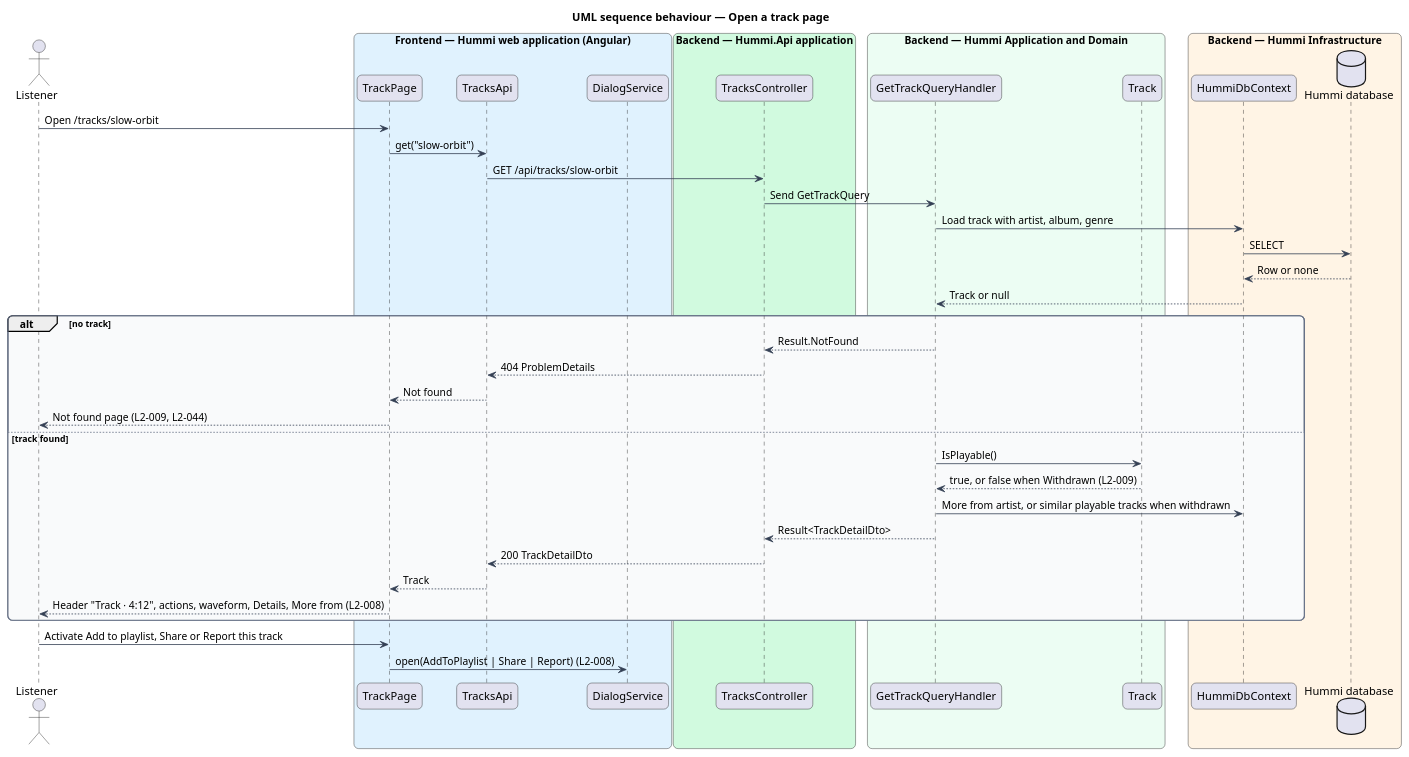
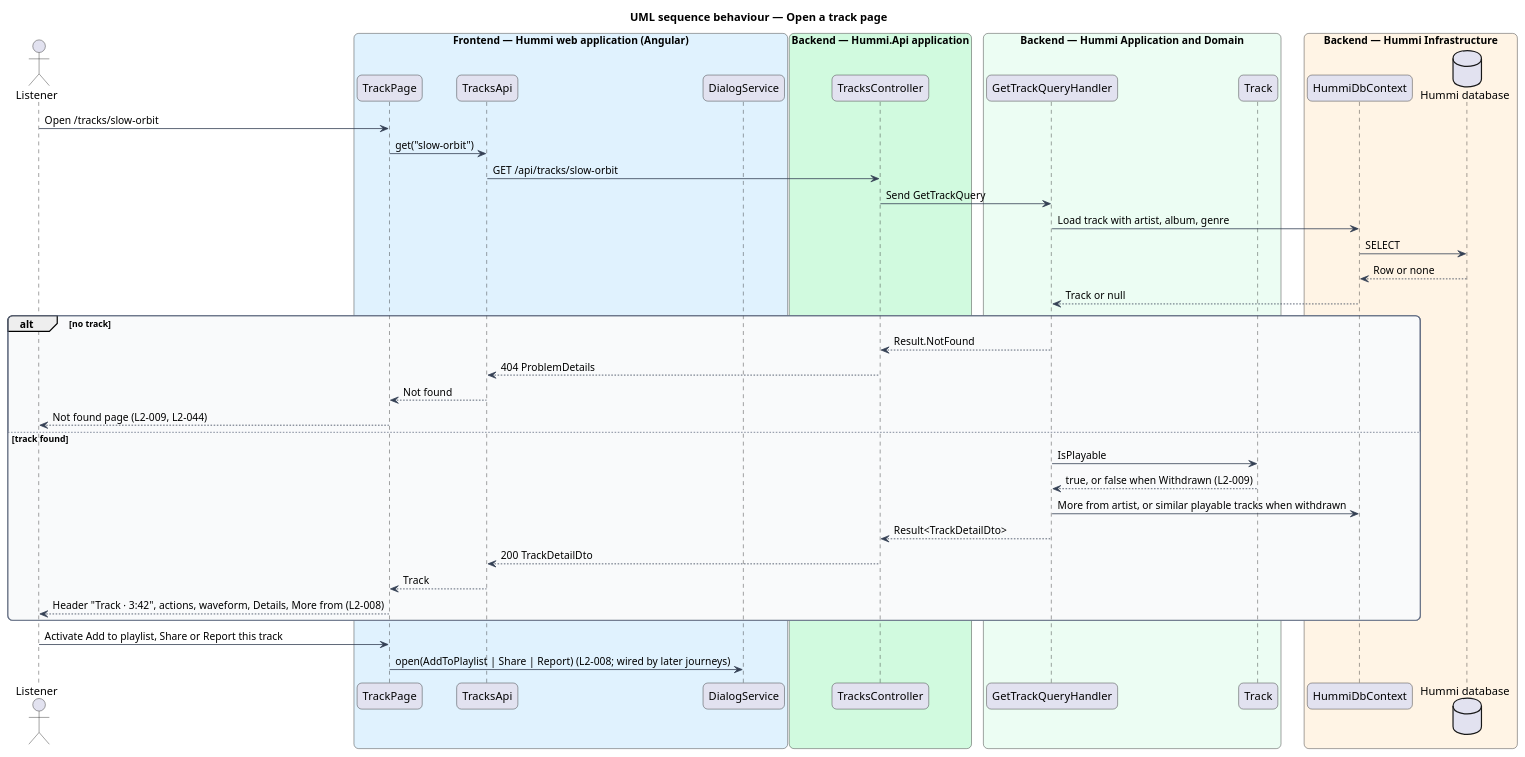
One commit to QuinntyneBrown/hummi changed the diagram in docs/detailed-designs/catalogue/view-track/diagrams/sequence-open-track.puml. Above: the diagram before and after it, drawn with PlantUML. The commit also changed 119 other files, not shown here.

```diff
--- a/docs/detailed-designs/catalogue/view-track/diagrams/sequence-open-track.puml
+++ b/docs/detailed-designs/catalogue/view-track/diagrams/sequence-open-track.puml
@@ -1,58 +1,58 @@
 @startuml
 title UML sequence behaviour — Open a track page
 skinparam backgroundColor #FFFFFF
 skinparam shadowing false
 skinparam roundcorner 12
 skinparam defaultFontName Arial
 skinparam ArrowColor #344054
 skinparam rectangle {
   BorderColor #344054
   FontColor #101828
 }
 skinparam package {
   BorderColor #667085
   FontColor #101828
   BackgroundColor #F9FAFB
 }
 actor "Listener" as u
 box "Frontend — Hummi web application (Angular)" #E0F2FE
   participant "TrackPage" as page
   participant "TracksApi" as client
   participant "DialogService" as dialogs
 end box
 box "Backend — Hummi.Api application" #D1FADF
   participant "TracksController" as ctl
 end box
 box "Backend — Hummi Application and Domain" #ECFDF3
   participant "GetTrackQueryHandler" as q
   participant "Track" as track
 end box
 box "Backend — Hummi Infrastructure" #FFF4E5
   participant "HummiDbContext" as ctx
   database "Hummi database" as db
 end box
 u -> page : Open /tracks/slow-orbit
 page -> client : get("slow-orbit")
 client -> ctl : GET /api/tracks/slow-orbit
 ctl -> q : Send GetTrackQuery
 q -> ctx : Load track with artist, album, genre
 ctx -> db : SELECT
 db --> ctx : Row or none
 ctx --> q : Track or null
 alt no track
   q --> ctl : Result.NotFound
   ctl --> client : 404 ProblemDetails
   client --> page : Not found
   page --> u : Not found page (L2-009, L2-044)
 else track found
-  q -> track : IsPlayable()
+  q -> track : IsPlayable
   track --> q : true, or false when Withdrawn (L2-009)
   q -> ctx : More from artist, or similar playable tracks when withdrawn
   q --> ctl : Result<TrackDetailDto>
   ctl --> client : 200 TrackDetailDto
   client --> page : Track
-  page --> u : Header "Track · 4:12", actions, waveform, Details, More from (L2-008)
+  page --> u : Header "Track · 3:42", actions, waveform, Details, More from (L2-008)
 end
 u -> page : Activate Add to playlist, Share or Report this track
-page -> dialogs : open(AddToPlaylist | Share | Report) (L2-008)
+page -> dialogs : open(AddToPlaylist | Share | Report) (L2-008; wired by later journeys)
 @enduml
```
